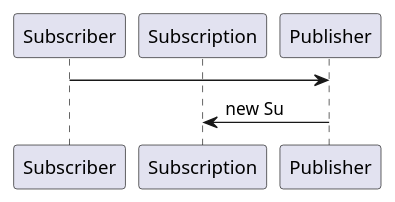
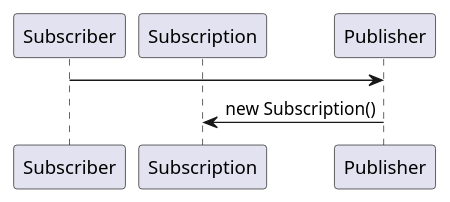
Before and after one commit to yanghoon/obsidian-workspace: the diagram in _diary/2024-06-18.md, drawn with PlantUML.

Commit message:
vault backup: 2024-06-18 23:58:40

````diff
--- a/_diary/2024-06-18.md
+++ b/_diary/2024-06-18.md
@@ -3,12 +3,12 @@
 ```plantuml
 @startuml
 
 participant Subscriber as Subr
 participant Subscription as Sub
 participant Publisher as Pub
 
 Subr -> Pub
-Pub -> Sub: new Su
+Pub -> Sub: new Subscription()
 
 @enduml
 ```
````
